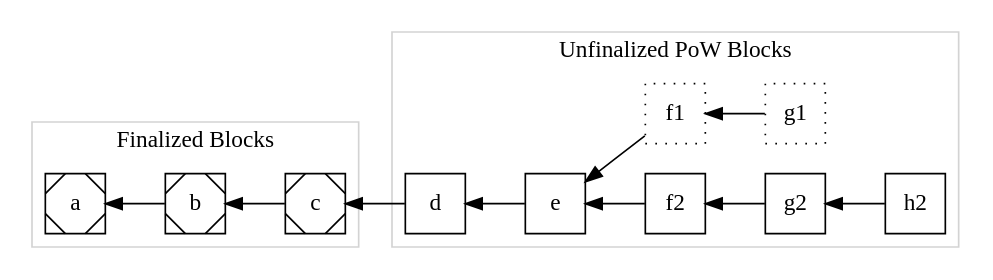
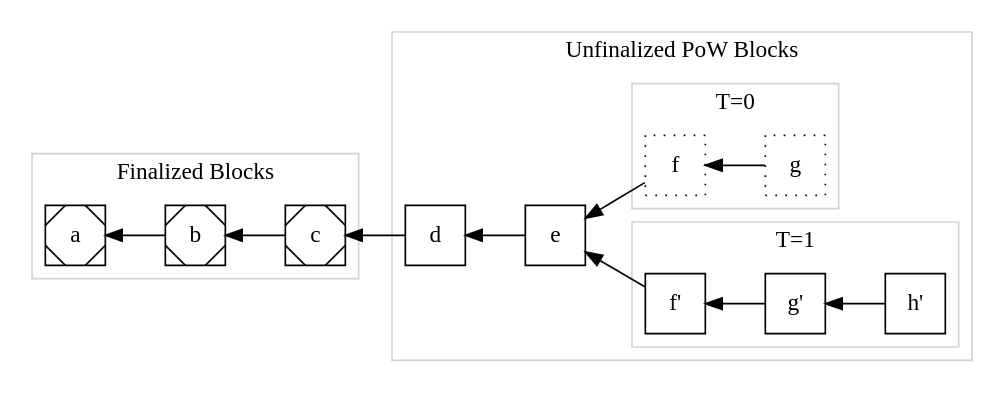
One commit to Electric-Coin-Company/tfl-book changed the diagram in src/diagrams/tf-with-pow-rollback.dot. Above: the diagram before and after it, drawn with Graphviz. The commit also changed 2 other files, not shown here.

Commit message:
Visualing Trailing Finality: single branch to PoW rollback text and diagram updates.

```diff
--- a/src/diagrams/tf-with-pow-rollback.dot
+++ b/src/diagrams/tf-with-pow-rollback.dot
@@ -1,33 +1,44 @@
 digraph BlockHistory {
     rankdir = RL
     color = "lightgrey"
 
     subgraph cluster_pow {
         label = "Unfinalized PoW Blocks"
         node [ shape=square ]
 
-        # unforked PoW suffix:
-        e -> d
 
-        subgraph rollback_branch {
+        subgraph cluster_rollback_branch {
+            label = "T=0"
             node [ style = "dotted" ]
-            g1 -> f1
-            f1 -> e
+
+            g0 [ label = "g"]
+            f0 [ label = "f"]
+
+            g0 -> f0
         }
 
-        subgraph winning_branch {
-            h2 -> g2
-            g2 -> f2
-            f2 -> e
+        subgraph cluster_winning_branch {
+            label = "T=1"
+            h1 [ label = "h'"]
+            g1 [ label = "g'"]
+            f1 [ label = "f'"]
+
+            h1 -> g1
+            g1 -> f1
         }
+
+        f0 -> e
+        f1 -> e
+        e -> d # unforked PoW suffix
     }
+
 
     subgraph cluster_final {
         label = "Finalized Blocks"
         node [ shape=Msquare ]
 
         d -> c
         c -> b
         b -> a
     }
 }
```
